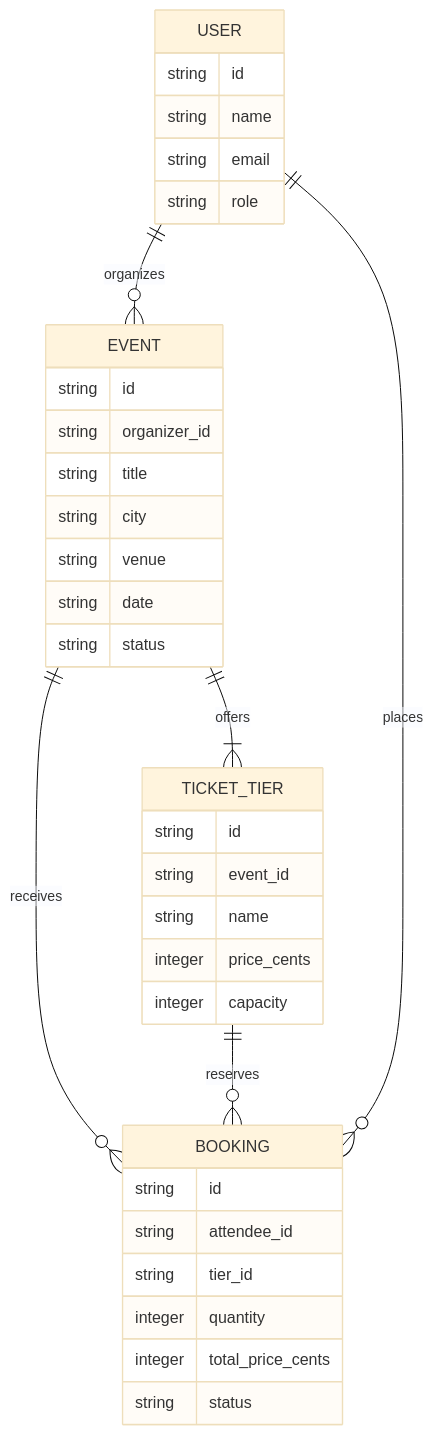
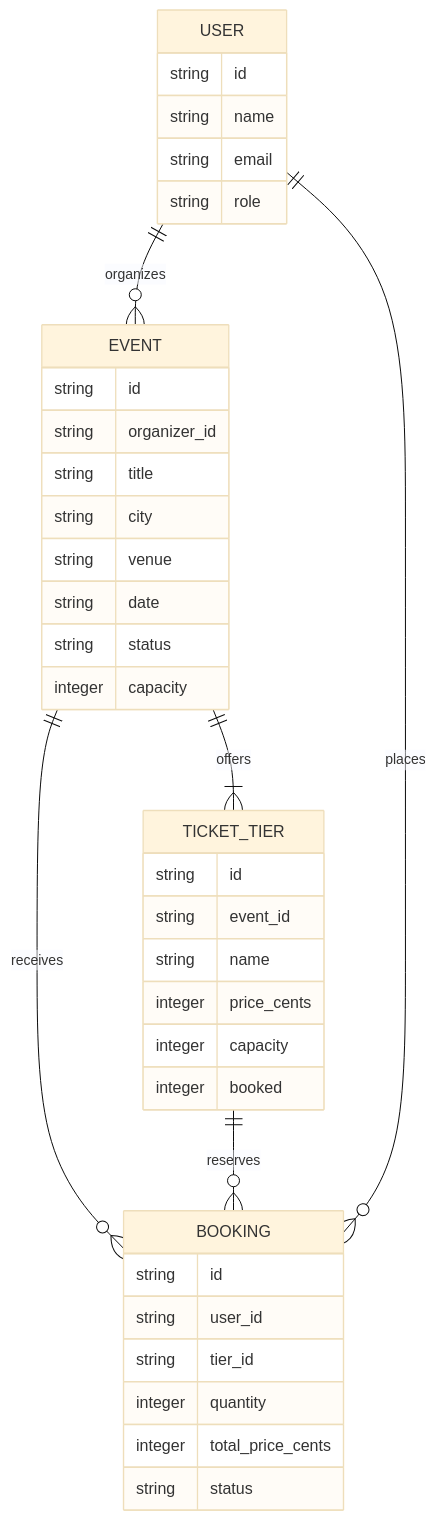
One commit to patienceosadiaye062-sudo/dsa-sw-class changed the first of 2 diagrams in docs/architecture.md. Above: the diagram before and after it, drawn with Mermaid (base theme). The commit also changed 10 other files, not shown here.

````diff
--- a/docs/architecture.md
+++ b/docs/architecture.md
@@ -88,38 +88,40 @@
 ```mermaid
 erDiagram
   USER ||--o{ EVENT : organizes
   EVENT ||--|{ TICKET_TIER : offers
   EVENT ||--o{ BOOKING : receives
   TICKET_TIER ||--o{ BOOKING : reserves
   USER ||--o{ BOOKING : places
   USER {
     string id
     string name
     string email
     string role
   }
   EVENT {
     string id
     string organizer_id
     string title
     string city
     string venue
     string date
     string status
+    integer capacity
   }
   TICKET_TIER {
     string id
     string event_id
     string name
     integer price_cents
     integer capacity
+    integer booked
   }
   BOOKING {
     string id
-    string attendee_id
+    string user_id
     string tier_id
     integer quantity
     integer total_price_cents
     string status
   }
 ```
````
